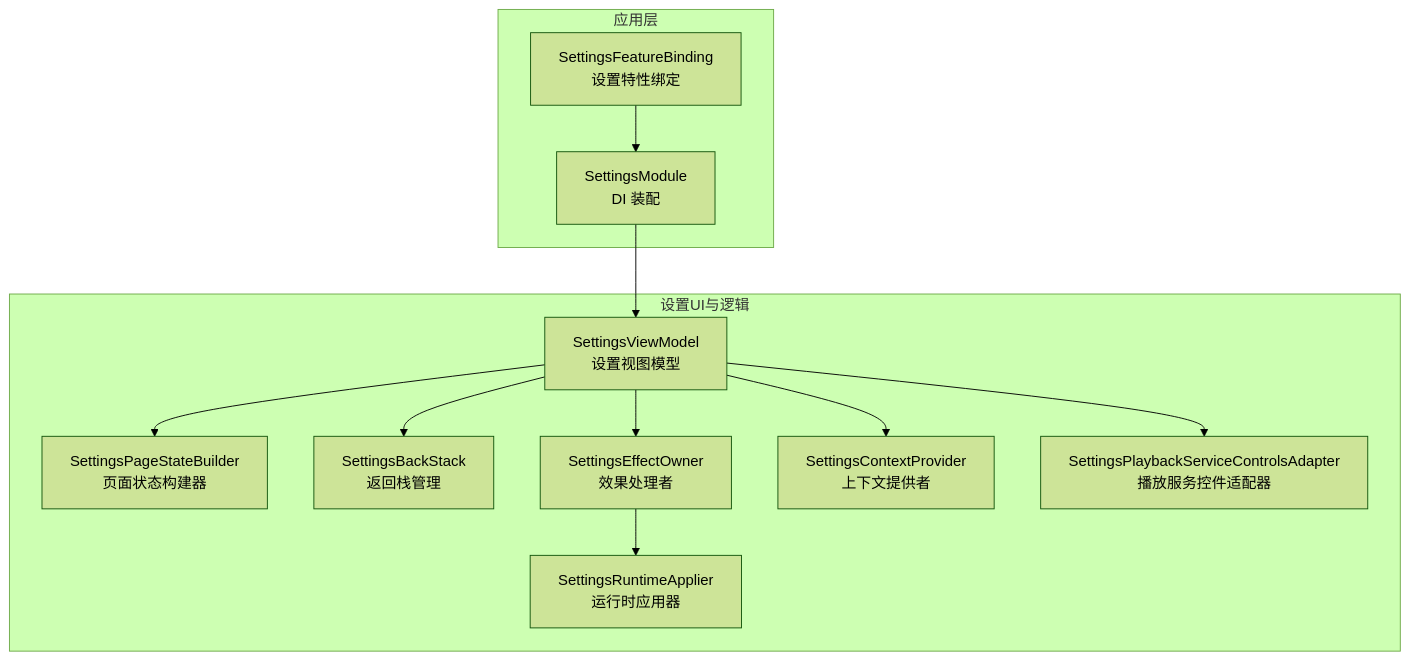
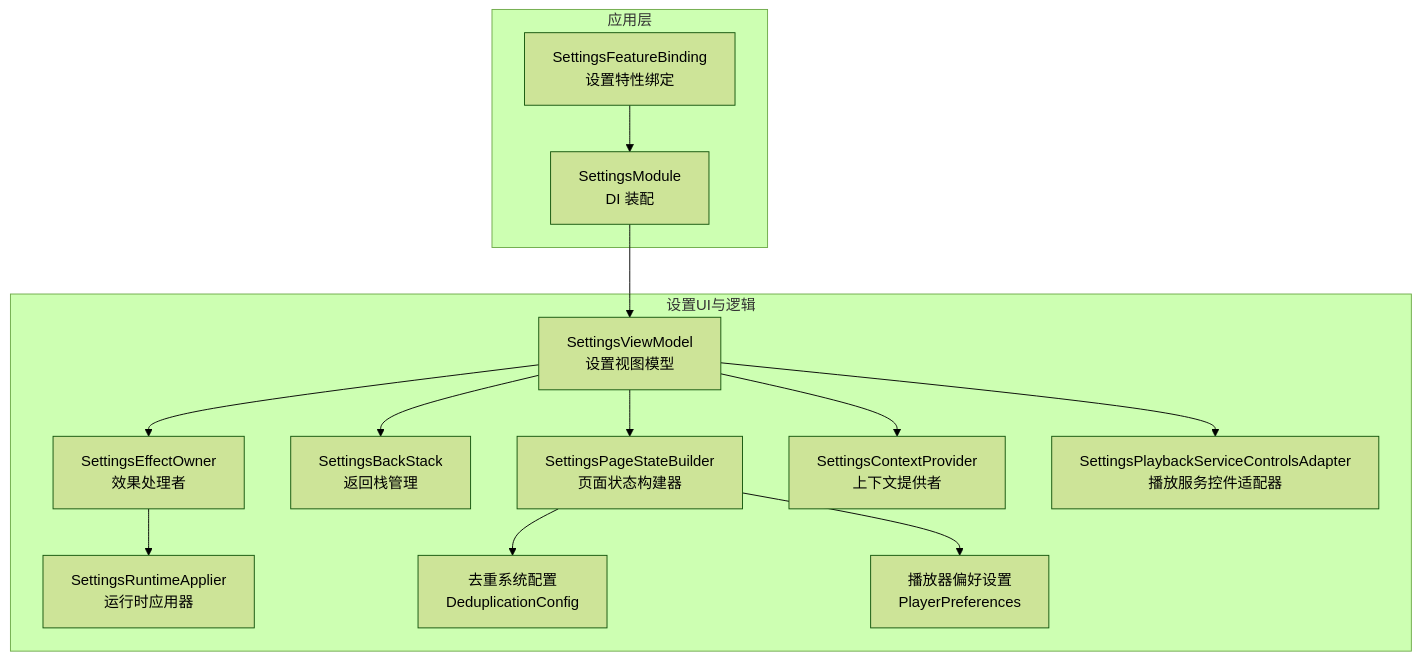
One commit to ysyhlly/Yukine-android changed the first of 3 diagrams in .qoder/repowiki/zh/content/架构设计/模块化设计/功能特性模块/设置界面模块 (feature_settings-ui).md. Above: the diagram before and after it, drawn with Mermaid (forest theme). The commit also changed other lines of this file and 158 other files, not shown here.

````diff
--- a/.qoder/repowiki/zh/content/架构设计/模块化设计/功能特性模块/设置界面模块 (feature_settings-ui).md
+++ b/.qoder/repowiki/zh/content/架构设计/模块化设计/功能特性模块/设置界面模块 (feature_settings-ui).md
@@ -41,24 +50,28 @@
 ```mermaid
 graph TB
 subgraph "应用层"
 A["SettingsFeatureBinding<br/>设置特性绑定"]
 B["SettingsModule<br/>DI 装配"]
 end
 subgraph "设置UI与逻辑"
 C["SettingsViewModel<br/>设置视图模型"]
 D["SettingsPageStateBuilder<br/>页面状态构建器"]
 E["SettingsBackStack<br/>返回栈管理"]
 F["SettingsEffectOwner<br/>效果处理者"]
 G["SettingsRuntimeApplier<br/>运行时应用器"]
 H["SettingsContextProvider<br/>上下文提供者"]
 I["SettingsPlaybackServiceControlsAdapter<br/>播放服务控件适配器"]
+J["去重系统配置<br/>DeduplicationConfig"]
+K["播放器偏好设置<br/>PlayerPreferences"]
 end
 A --> B
 B --> C
 C --> D
 C --> E
 C --> F
 F --> G
 C --> H
 C --> I
+D --> J
+D --> K
 ```
````
